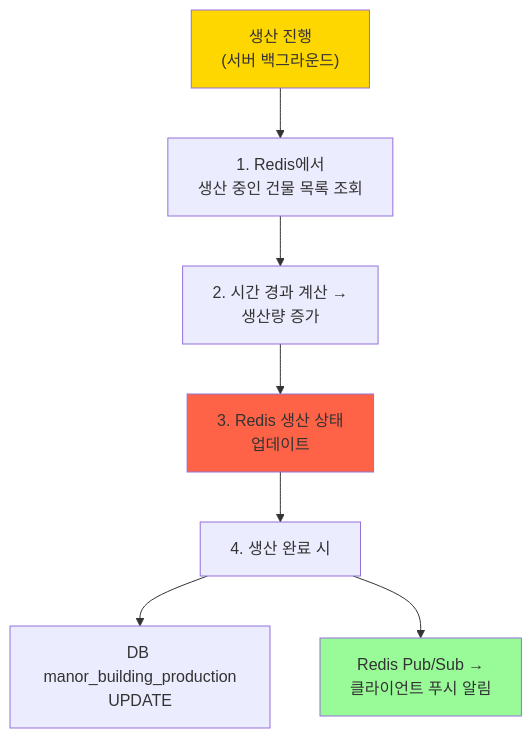
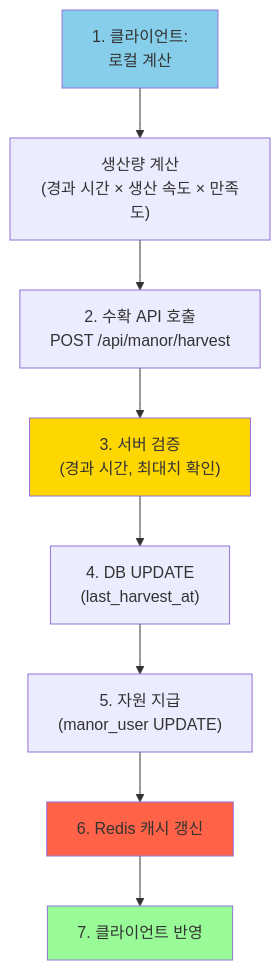
One commit to Bo-sung/FantasyDeffence_Docs changed the fourth of 4 diagrams in 시스템/데이터 아키텍처.md. Above: the diagram before and after it, drawn with Mermaid. The commit also changed other lines of this file and 5 other files, not shown here.

````diff
--- a/시스템/데이터 아키텍처.md
+++ b/시스템/데이터 아키텍처.md
@@ -170,21 +168,24 @@
 ```mermaid
 graph TD
-    Background["생산 진행<br/>(서버 백그라운드)"]
-    Query["1. Redis에서<br/>생산 중인 건물 목록 조회"]
-    Calculate["2. 시간 경과 계산 →<br/>생산량 증가"]
-    RedisUpdate["3. Redis 생산 상태<br/>업데이트"]
-    Complete["4. 생산 완료 시"]
-    DBUpdate["DB manor_building_production<br/>UPDATE"]
-    PubSub["Redis Pub/Sub →<br/>클라이언트 푸시 알림"]
+    Client["1. 클라이언트:<br/>로컬 계산"]
+    Calculate["생산량 계산<br/>(경과 시간 × 생산 속도 × 만족도)"]
+    Request["2. 수확 API 호출<br/>POST /api/manor/harvest"]
+    Validate["3. 서버 검증<br/>(경과 시간, 최대치 확인)"]
+    DBUpdate["4. DB UPDATE<br/>(last_harvest_at)"]
+    ResourceAdd["5. 자원 지급<br/>(manor_user UPDATE)"]
+    RedisUpdate["6. Redis 캐시 갱신"]
+    Response["7. 클라이언트 반영"]
 
-    Background --> Query
-    Query --> Calculate
-    Calculate --> RedisUpdate
-    RedisUpdate --> Complete
-    Complete --> DBUpdate
-    Complete --> PubSub
+    Client --> Calculate
+    Calculate --> Request
+    Request --> Validate
+    Validate --> DBUpdate
+    DBUpdate --> ResourceAdd
+    ResourceAdd --> RedisUpdate
+    RedisUpdate --> Response
 
-    style Background fill:#FFD700
+    style Client fill:#87CEEB
+    style Validate fill:#FFD700
     style RedisUpdate fill:#FF6347
-    style PubSub fill:#98FB98
+    style Response fill:#98FB98
 ```
````
